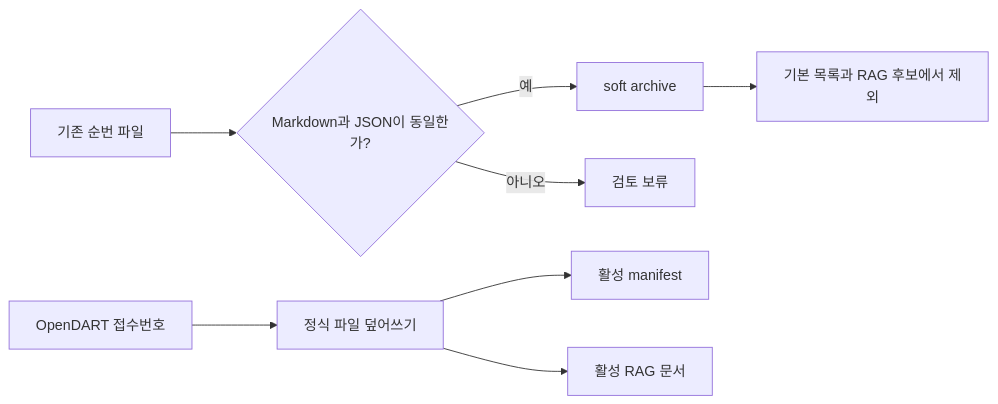
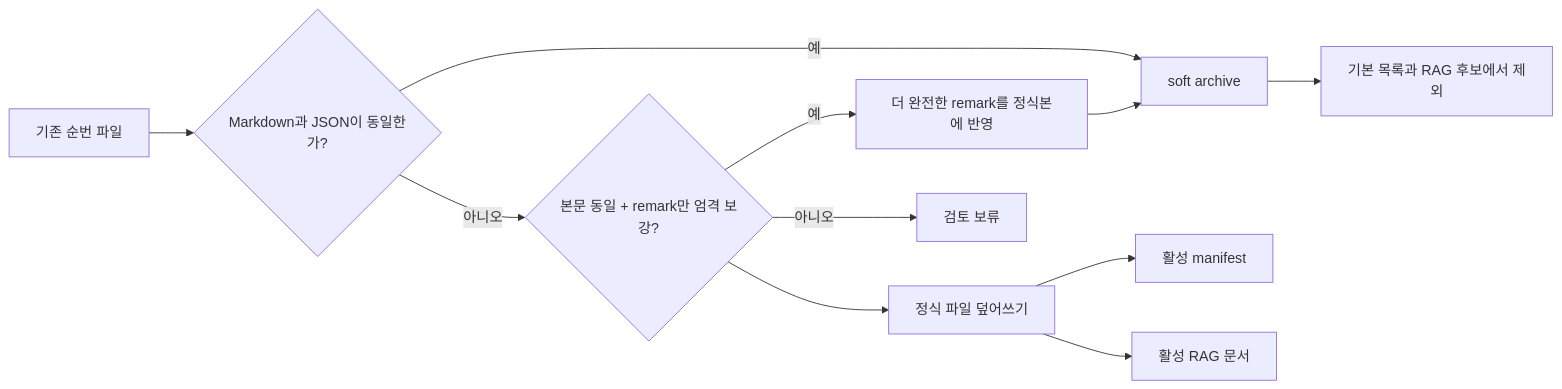
Before and after one commit to lib2000/investment-research-os: the diagram in docs/design/dart-filing-idempotent-storage.md, drawn with Mermaid. The commit also changed other lines of this file and 2 other files, not shown here.

Commit message:
fix: reconcile DART remark metadata

````diff
--- a/docs/design/dart-filing-idempotent-storage.md
+++ b/docs/design/dart-filing-idempotent-storage.md
@@ -31,10 +31,13 @@
 ```mermaid
 flowchart LR
   R[OpenDART 접수번호] --> S[정식 파일 덮어쓰기]
   L[기존 순번 파일] --> H{Markdown과 JSON이 동일한가?}
   H -- 예 --> A[soft archive]
-  H -- 아니오 --> Q[검토 보류]
+  H -- 아니오 --> R{본문 동일 + remark만 엄격 보강?}
+  R -- 예 --> U[더 완전한 remark를 정식본에 반영]
+  U --> A
+  R -- 아니오 --> Q[검토 보류]
   S --> M[활성 manifest]
   S --> G[활성 RAG 문서]
   A --> X[기본 목록과 RAG 후보에서 제외]
 ```
````
